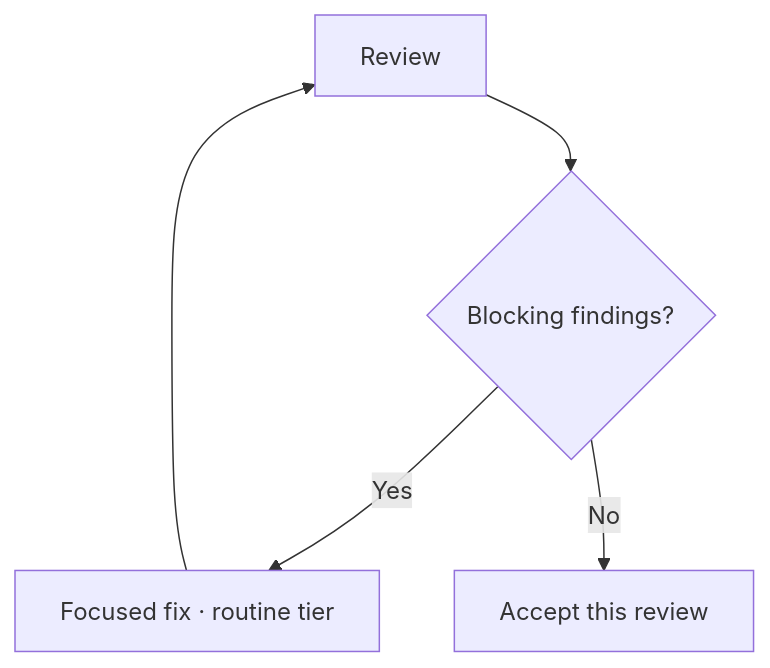
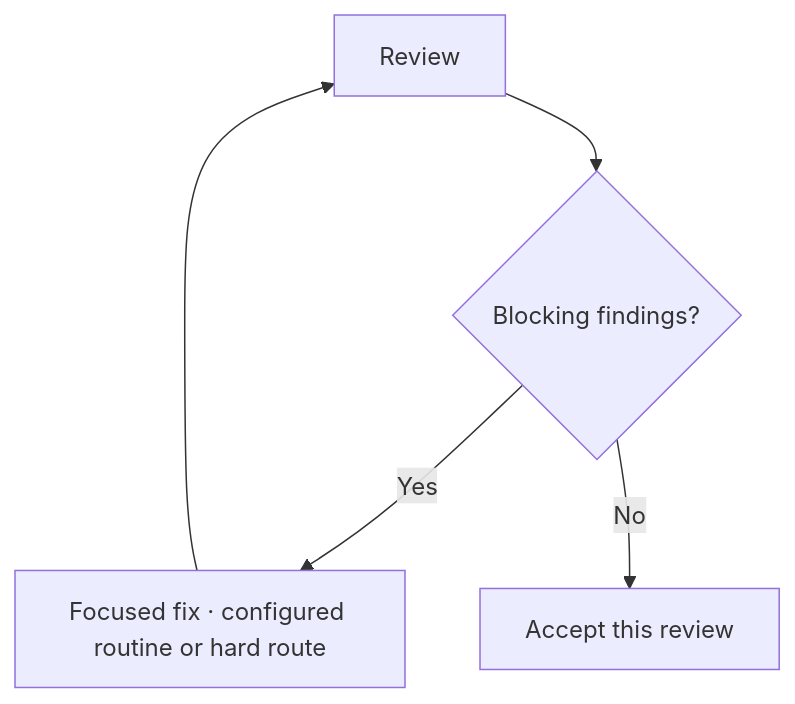
One commit to alefranz/AgenticAle changed the second of 2 diagrams in docs/skills/work/index.md. Above: the diagram before and after it, drawn with Mermaid. The commit also changed other lines of this file and 20 other files, not shown here.

````diff
--- a/docs/skills/work/index.md
+++ b/docs/skills/work/index.md
@@ -84,7 +97,7 @@
 ```mermaid
 flowchart TD
     Review[Review] --> Findings{Blocking findings?}
-    Findings -->|Yes| Fix[Focused fix · routine tier]
+    Findings -->|Yes| Fix[Focused fix · configured routine or hard route]
     Fix --> Review
     Findings -->|No| Accepted[Accept this review]
 ```
````
